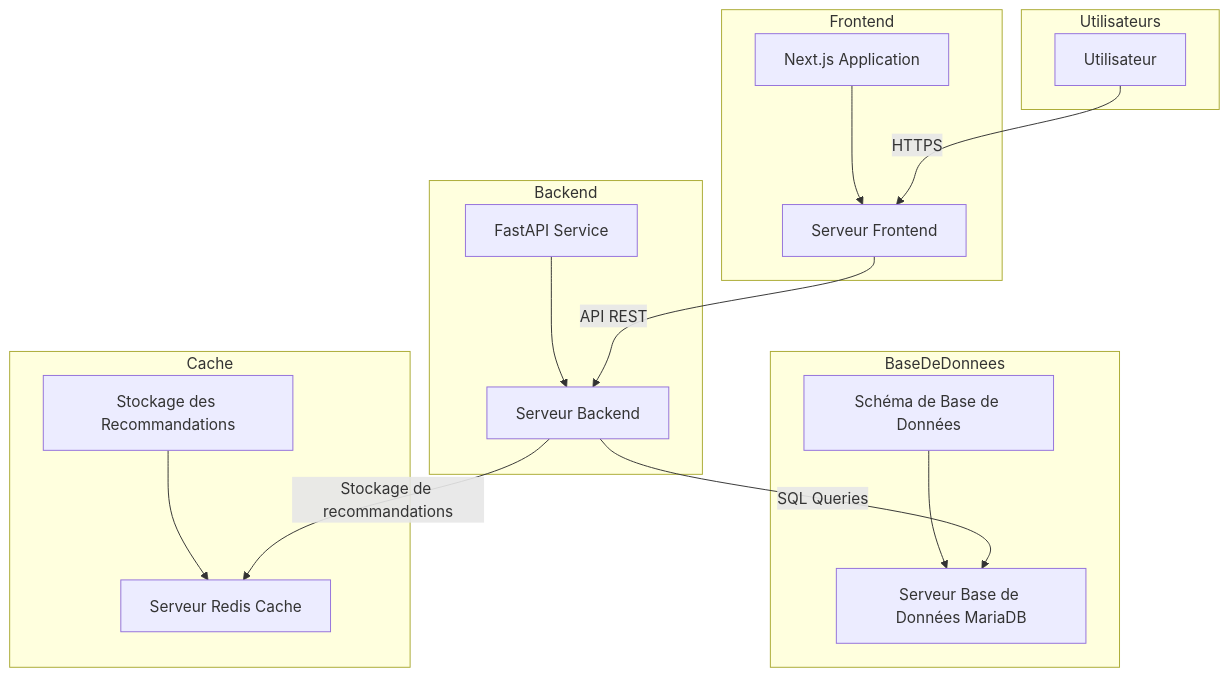
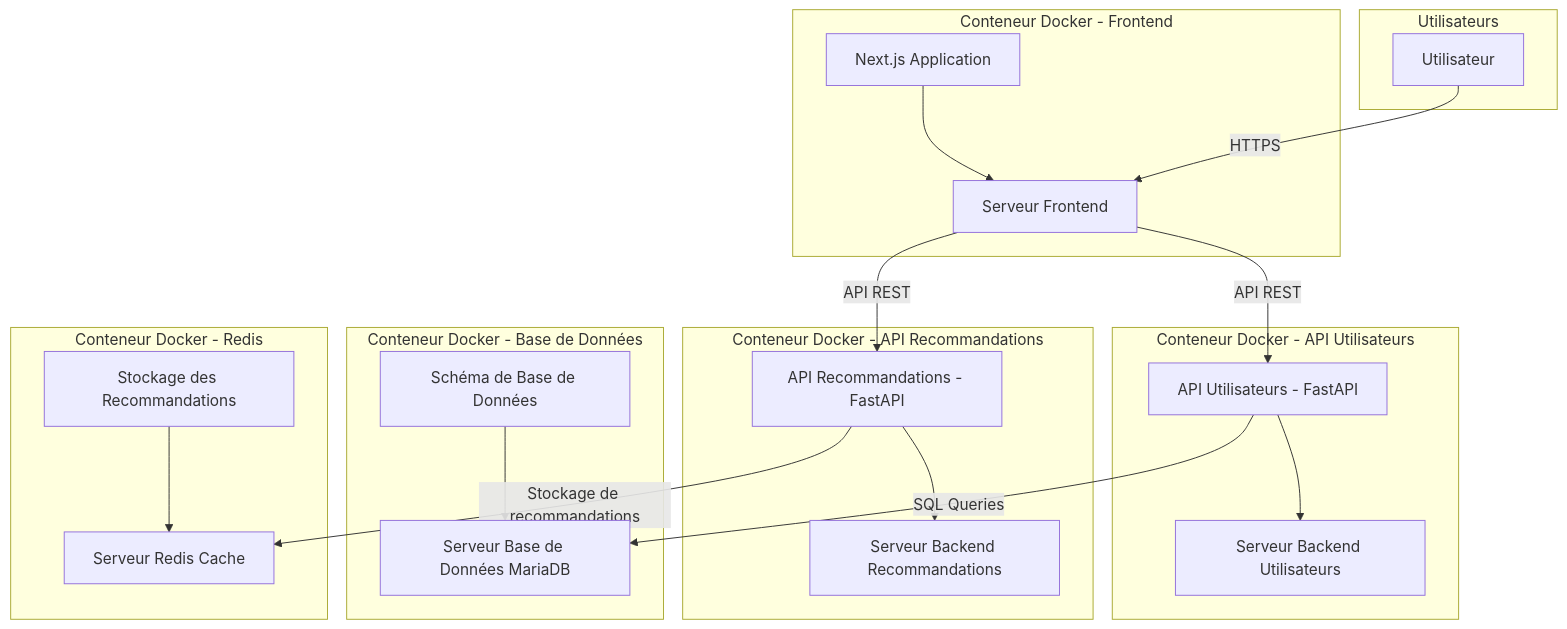
The diagram in docs/diag_deploy.md (St4r4x/MovieMania), drawn with Mermaid before and after one commit.

Commit message:
chore: Update deployment diagram in documentation

````diff
--- a/docs/diag_deploy.md
+++ b/docs/diag_deploy.md
@@ -1,32 +1,39 @@
 ```mermaid
 graph TD;
-    
+
     subgraph Utilisateurs
     U1[Utilisateur]
     end
-    
-    subgraph Frontend
+
+    subgraph DockerFrontEnd [Conteneur Docker - Frontend]
     F1[Serveur Frontend]
     App[Next.js Application] --> F1
     end
-    
-    subgraph Backend
-    B1[Serveur Backend]
-    API[FastAPI Service] --> B1
+
+    subgraph DockerBackEndUsers [Conteneur Docker - API Utilisateurs]
+    B1_Users[Serveur Backend Utilisateurs]
+    API_Users[API Utilisateurs - FastAPI] --> B1_Users
     end
-    
-    subgraph BaseDeDonnees
+
+    subgraph DockerBackEndReco [Conteneur Docker - API Recommandations]
+    B1_Reco[Serveur Backend Recommandations]
+    API_Reco[API Recommandations - FastAPI] --> B1_Reco
+    end
+
+    subgraph DockerDB [Conteneur Docker - Base de Données]
     D1[Serveur Base de Données MariaDB]
     Schema[Schéma de Base de Données] --> D1
     end
-    
-    subgraph Cache
+
+    subgraph DockerRedis [Conteneur Docker - Redis]
     C1[Serveur Redis Cache]
     RecoCache[Stockage des Recommandations] --> C1
     end
-    
+
     U1 --> |HTTPS| F1
-    F1 --> |API REST| B1
-    B1 --> |SQL Queries| D1
-    B1 --> |Stockage de recommandations| C1
+    F1 --> |API REST| API_Users
+    F1 --> |API REST| API_Reco
+    API_Users --> |SQL Queries| D1
+    API_Reco --> |Stockage de recommandations| C1
+
 ```
````
